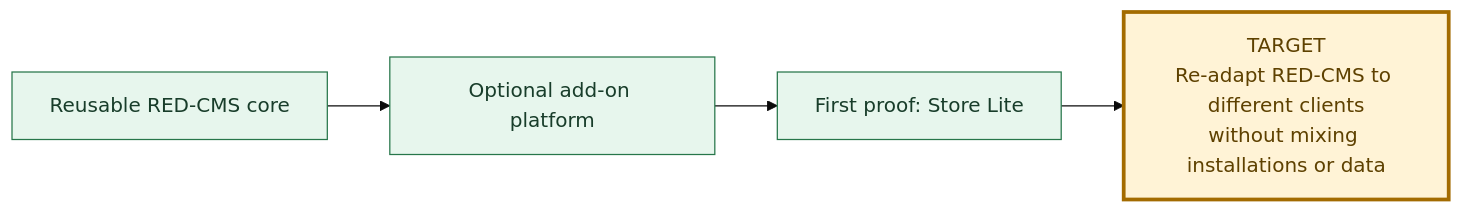
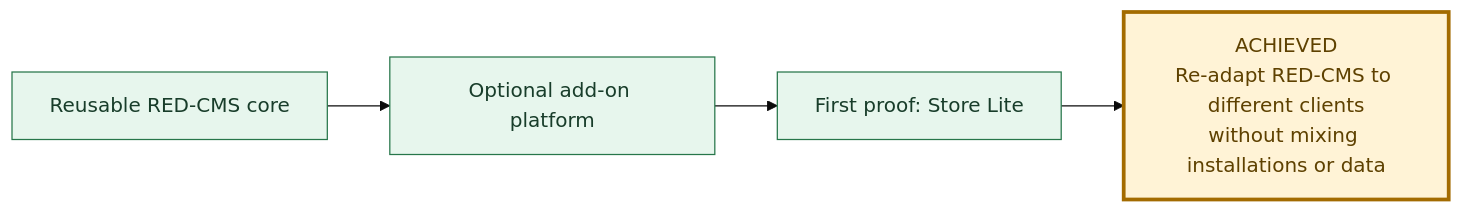
One commit to orojas01-glitch/redcms changed the first of 2 diagrams in docs/ADD-ON-PLATFORM-STATUS.md. Above: the diagram before and after it, drawn with Mermaid (base theme). The commit also changed other lines of this file and 5 other files, not shown here.

````diff
--- a/docs/ADD-ON-PLATFORM-STATUS.md
+++ b/docs/ADD-ON-PLATFORM-STATUS.md
@@ -13,11 +13,11 @@
 ```mermaid
 flowchart LR
     C["Reusable RED-CMS core"] --> P["Optional add-on platform"]
     P --> S["First proof: Store Lite"]
-    S --> R["TARGET<br/>Re-adapt RED-CMS to different clients<br/>without mixing installations or data"]
+    S --> R["ACHIEVED<br/>Re-adapt RED-CMS to different clients<br/>without mixing installations or data"]
 
     classDef complete fill:#e7f6ed,stroke:#27764a,color:#183d2a;
     classDef target fill:#fff3d6,stroke:#a36b00,color:#5e4100,stroke-width:3px;
     class C,P,S complete;
     class R target;
 ```
````
